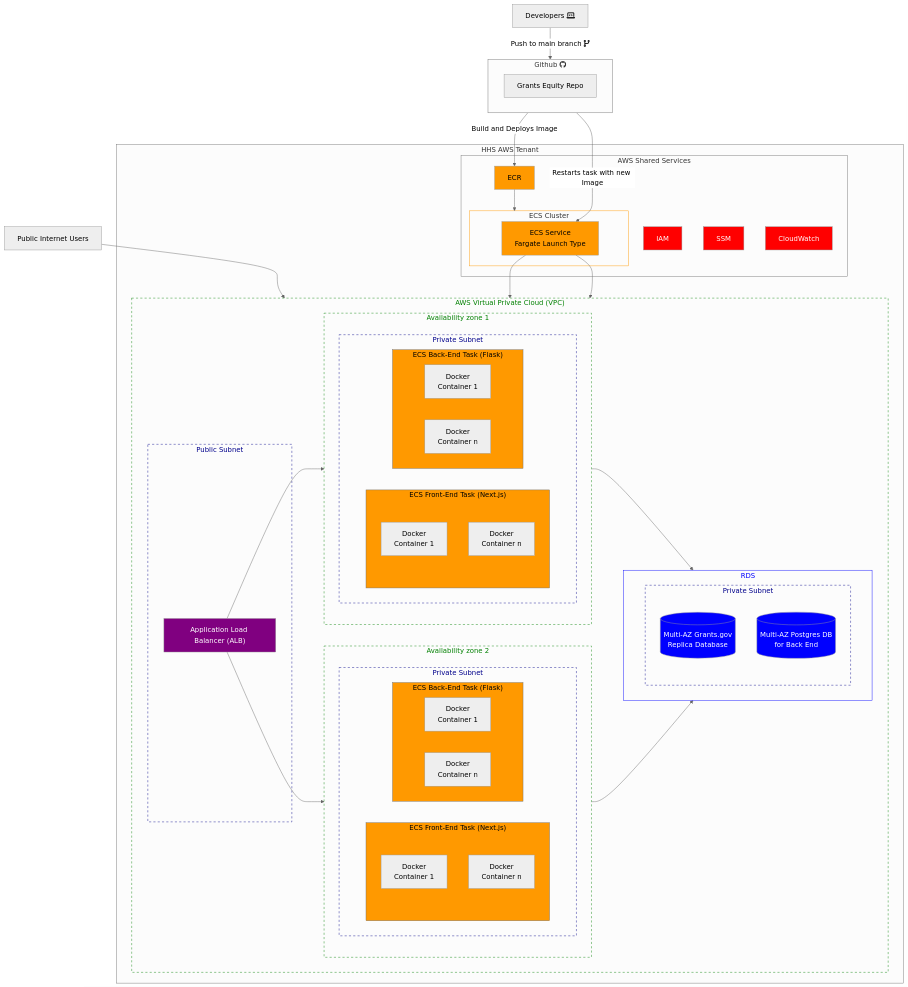
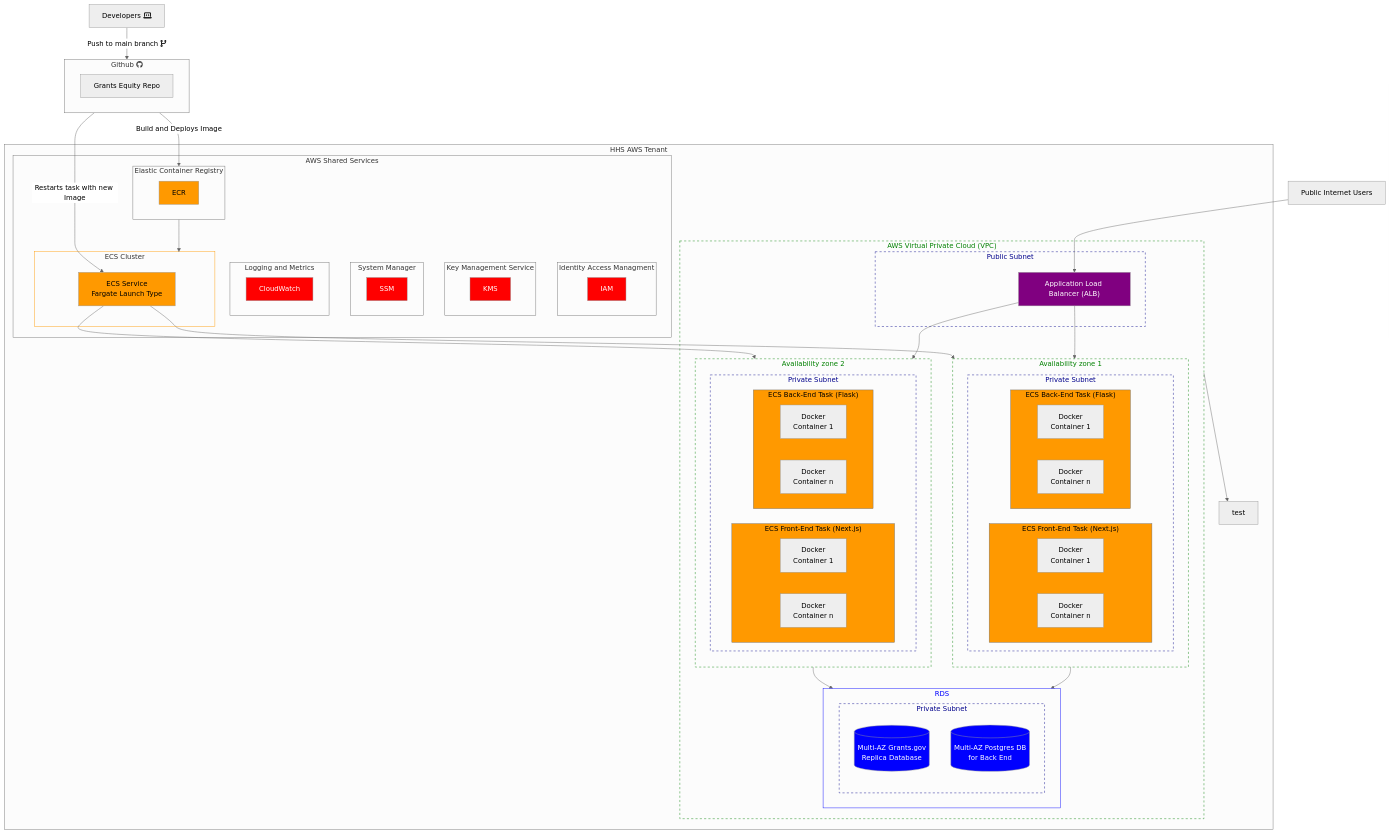
One commit to HHS/simpler-grants-gov changed the first of 3 diagrams in documentation/architecture/README.md. Above: the diagram before and after it, drawn with Mermaid. The commit also changed other lines of this file, not shown here.

Commit message:
detailed shared services

```diff
--- a/documentation/architecture/README.md
+++ b/documentation/architecture/README.md
@@ -14,15 +14,37 @@
     %% AWS Tenant
     subgraph AWS [HHS AWS Tenant]
         shared
-        VPC:::az
+        vpc:::az
+        vpc --> test
     end
 
     %% AWS Shared Services
     subgraph shared [AWS Shared Services]
         ECSC
+        iam
+        kms
+        ssm
+        cloudwatch
+        ecr
+    end
+
+    subgraph iam [Identity Access Managment]
         IAM:::sec
+    end
+
+    subgraph kms [Key Management Service]
+        KMS:::sec
+    end
+
+    subgraph ssm [System Manager]
         SSM:::sec
+    end
+
+    subgraph cloudwatch [Logging and Metrics]
         CloudWatch:::sec
+    end
+
+    subgraph ecr [Elastic Container Registry]
         ECR:::ecs
     end
 
@@ -33,8 +55,7 @@
     style ECSC stroke:#FF9900
 
     %% AWS Services Within VPC
-    subgraph VPC ["AWS Virtual Private Cloud (VPC)"]
-        direction LR
+    subgraph vpc ["AWS Virtual Private Cloud (VPC)"]
         AZ1:::az
         AZ2:::az
         public-subnet1:::subnet
@@ -100,7 +121,7 @@
     style RDS stroke:blue,color:blue
     private-subnet3:::subnet
 
-    ECR --> ECSC
+    ecr --> ECSC
     ECSS --> AZ1 & AZ2
     public[Public Internet Users] --> ALB
 
@@ -110,7 +131,7 @@
         repo[Grants Equity Repo]
         click repo href "https://github.com/HHS/grants-equity" _blank
     end
-    GH --Build and Deploys Image--> ECR
+    GH --Build and Deploys Image--> ecr
     GH --Restarts task with new Image--> ECSS
 
 
```
